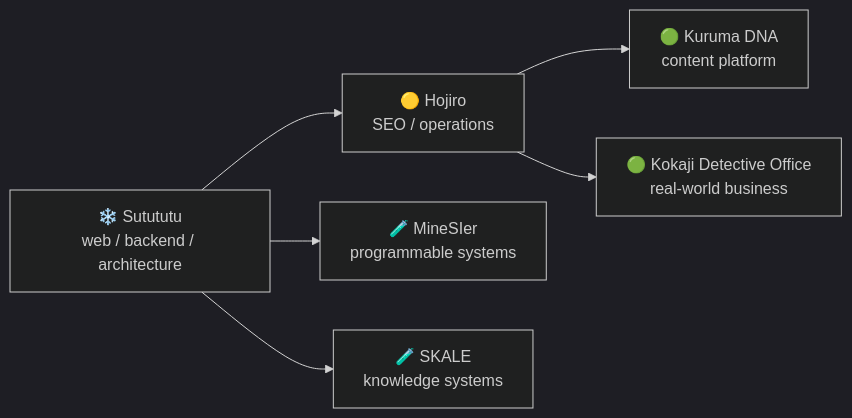
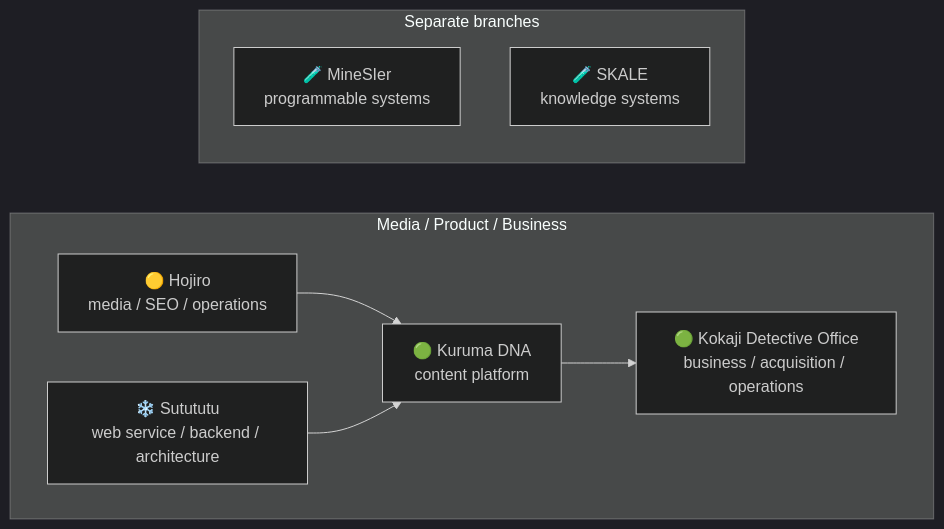
One commit to hodzilla51/hodzilla51 changed the diagram in README.md. Above: the diagram before and after it, drawn with Mermaid (dark theme). The commit also changed other lines of this file, not shown here.

Commit message:
fix: redraw project lineage

````diff
--- a/README.md
+++ b/README.md
@@ -99,15 +99,20 @@
 ```mermaid
 flowchart LR
-    ST[❄️ Sutututu<br/>web / backend / architecture]
-    HJ[🟡 Hojiro<br/>SEO / operations]
-    KD[🟢 Kuruma DNA<br/>content platform]
-    KO[🟢 Kokaji Detective Office<br/>real-world business]
-    MI[🧪 MineSIer<br/>programmable systems]
-    SK[🧪 SKALE<br/>knowledge systems]
+    subgraph P[Media / Product / Business]
+        direction LR
+        HJ[🟡 Hojiro<br/>media / SEO / operations]
+        ST[❄️ Sutututu<br/>web service / backend / architecture]
+        KD[🟢 Kuruma DNA<br/>content platform]
+        KO[🟢 Kokaji Detective Office<br/>business / acquisition / operations]
 
-    ST --> HJ
-    HJ --> KD
-    HJ --> KO
-    ST --> MI
-    ST --> SK
+        HJ --> KD
+        ST --> KD
+        KD --> KO
+    end
+
+    subgraph X[Separate branches]
+        direction TB
+        MI[🧪 MineSIer<br/>programmable systems]
+        SK[🧪 SKALE<br/>knowledge systems]
+    end
 ```
````
